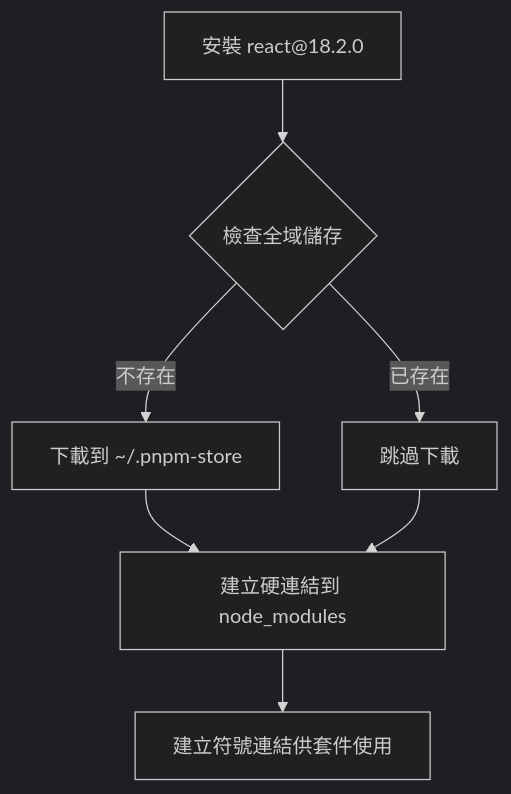
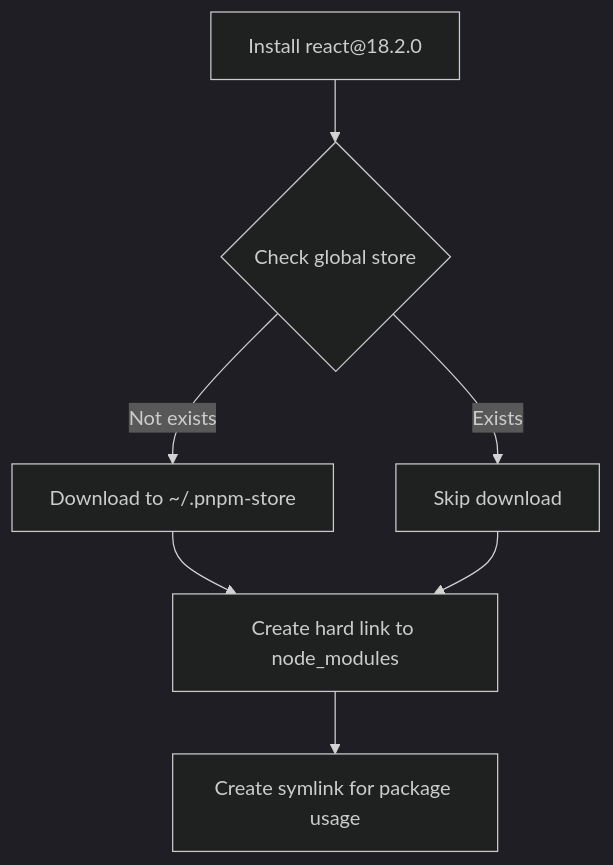
Before and after one commit to BardKidd/EasyAccounting: the fourth of 5 diagrams in turborepo-guide.md, drawn with Mermaid (dark theme). The commit also changed other lines of this file and 15 other files, not shown here.

````diff
--- a/turborepo-guide.md
+++ b/turborepo-guide.md
@@ -381,9 +381,9 @@
 ```mermaid
 flowchart TD
-    A[安裝 react@18.2.0] --> B{檢查全域儲存}
-    B -->|不存在| C[下載到 ~/.pnpm-store]
-    B -->|已存在| D[跳過下載]
-    C --> E[建立硬連結到 node_modules]
+    A[Install react@18.2.0] --> B{Check global store}
+    B -->|Not exists| C[Download to ~/.pnpm-store]
+    B -->|Exists| D[Skip download]
+    C --> E[Create hard link to node_modules]
     D --> E
-    E --> F[建立符號連結供套件使用]
+    E --> F[Create symlink for package usage]
 ```
````
